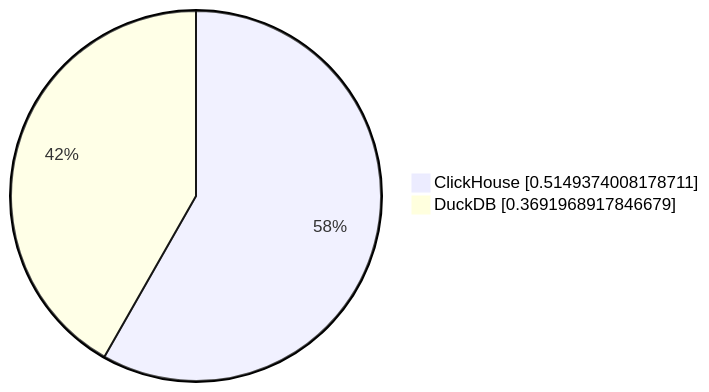
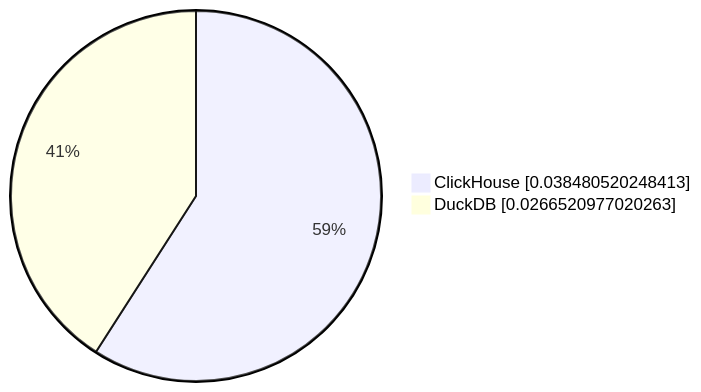
One commit to Altinity/clickhouse-regression changed the tenth of 10 diagrams in parquet/performance/results/README.md. Above: the diagram before and after it, drawn with Mermaid. The commit also changed other lines of this file, not shown here.

````diff
--- a/parquet/performance/results/README.md
+++ b/parquet/performance/results/README.md
@@ -100,5 +100,5 @@
 ```mermaid
      pie showData
-         "ClickHouse" : 0.5149374008178711
-         "DuckDB" : 0.3691968917846679
+         "ClickHouse" : 0.038480520248413
+         "DuckDB" : 0.0266520977020263
 ```
````
